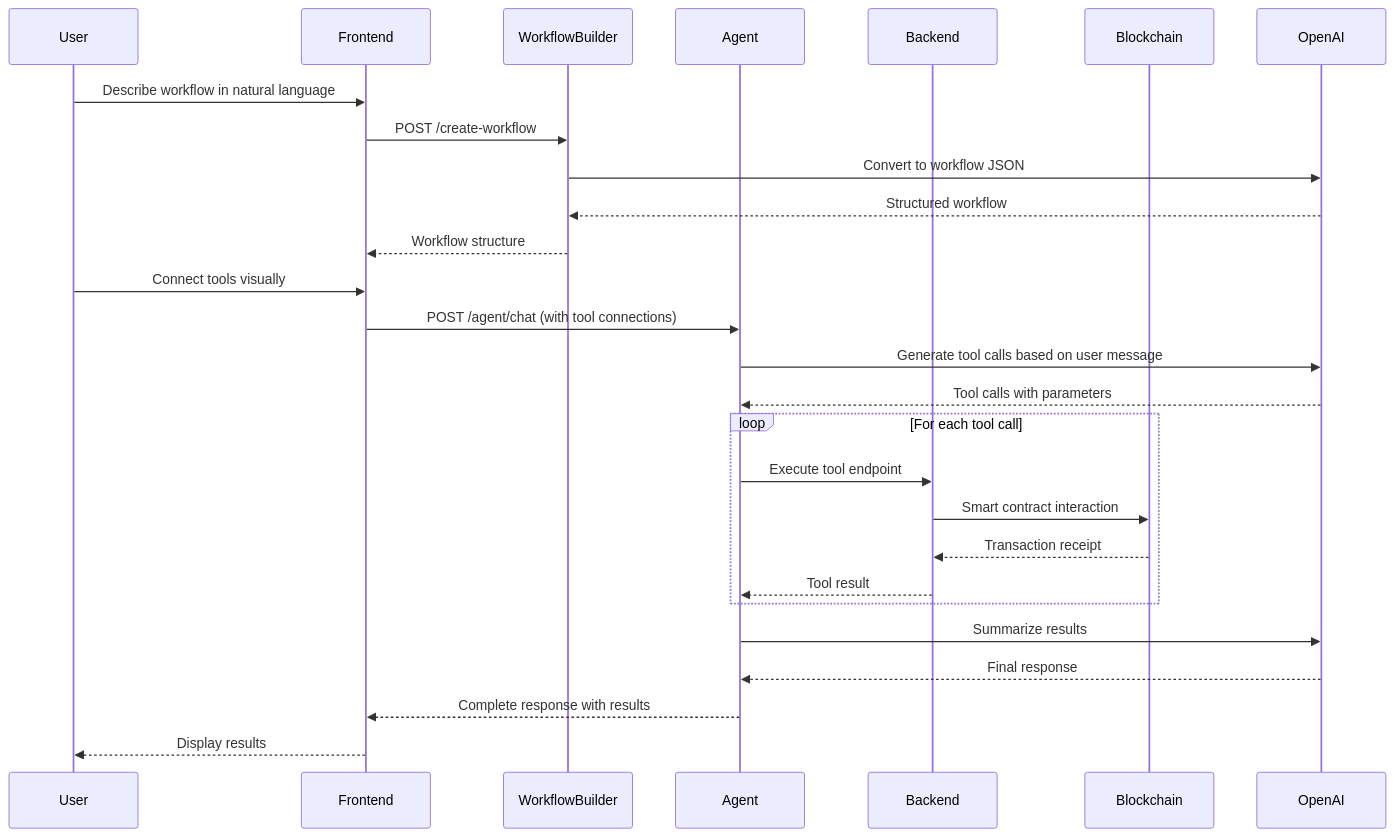
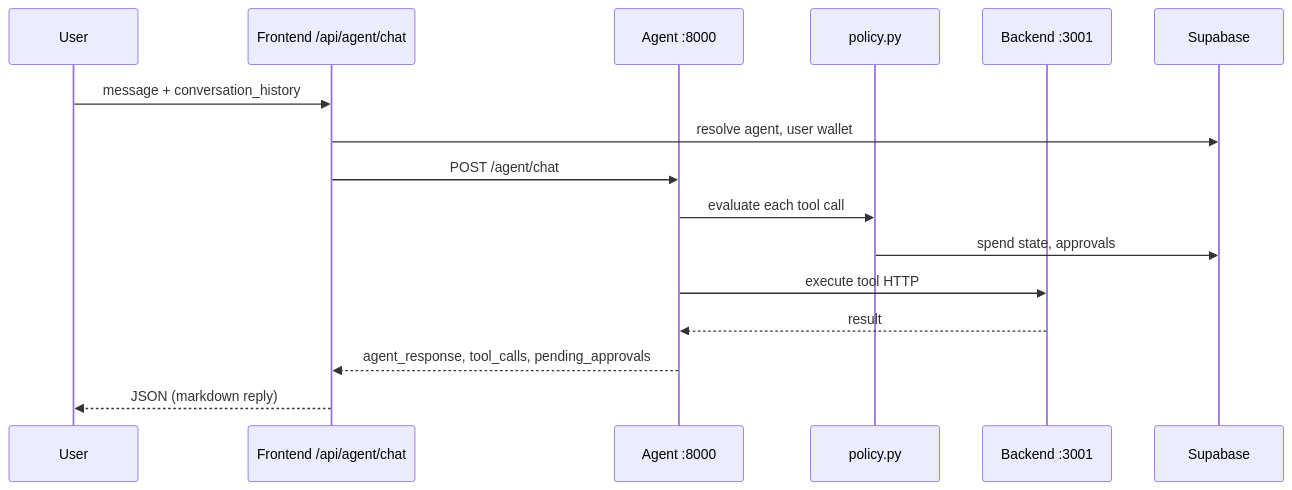
Before and after one commit to SamFelix03/monad-agent-builder: the second of 2 diagrams in README.md, drawn with Mermaid. The commit also changed other lines of this file and 4 other files, not shown here.

First line of the commit message:
Update README and API routes to reflect production backend URLs

````diff
--- a/README.md
+++ b/README.md
@@ -150,32 +166,19 @@
 ```mermaid
 sequenceDiagram
     participant User
-    participant Frontend
-    participant WorkflowBuilder
-    participant Agent
-    participant Backend
-    participant Blockchain
-    
-    User->>Frontend: Describe workflow in natural language
-    Frontend->>WorkflowBuilder: POST /create-workflow
-    WorkflowBuilder->>OpenAI: Convert to workflow JSON
-    OpenAI-->>WorkflowBuilder: Structured workflow
-    WorkflowBuilder-->>Frontend: Workflow structure
-    
-    User->>Frontend: Connect tools visually
-    Frontend->>Agent: POST /agent/chat (with tool connections)
-    Agent->>OpenAI: Generate tool calls based on user message
-    OpenAI-->>Agent: Tool calls with parameters
-    
-    loop For each tool call
-        Agent->>Backend: Execute tool endpoint
-        Backend->>Blockchain: Smart contract interaction
-        Blockchain-->>Backend: Transaction receipt
-        Backend-->>Agent: Tool result
-    end
-    
-    Agent->>OpenAI: Summarize results
-    OpenAI-->>Agent: Final response
-    Agent-->>Frontend: Complete response with results
-    Frontend-->>User: Display results
+    participant Vercel as Frontend /api/agent/chat
+    participant Agent as Agent :8000
+    participant Policy as policy.py
+    participant Backend as Backend :3001
+    participant DB as Supabase
+
+    User->>Vercel: message + conversation_history
+    Vercel->>DB: resolve agent, user wallet
+    Vercel->>Agent: POST /agent/chat
+    Agent->>Policy: evaluate each tool call
+    Policy->>DB: spend state, approvals
+    Agent->>Backend: execute tool HTTP
+    Backend-->>Agent: result
+  Agent-->>Vercel: agent_response, tool_calls, pending_approvals
+    Vercel-->>User: JSON (markdown reply)
 ```
````
